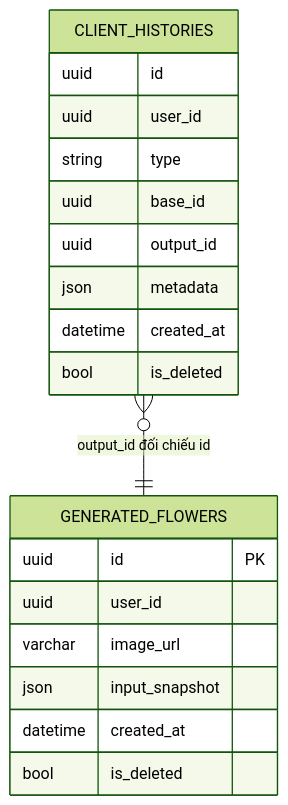
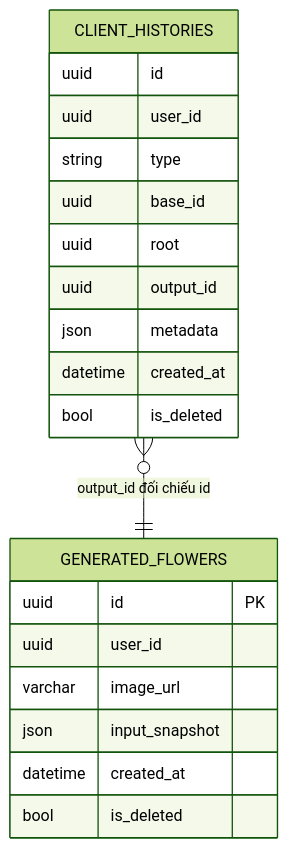
The fourth of 4 diagrams in HoaTheoMua.Repository/code-introduction/US-040/TDD-028-customer-xem-lich-su-hoa-custom-ai.md (TaskCoper/hoatheomua-be), drawn with Mermaid (forest theme) before and after one commit. The commit also changed other lines of this file and 6 other files, not shown here.

````diff
--- a/HoaTheoMua.Repository/code-introduction/US-040/TDD-028-customer-xem-lich-su-hoa-custom-ai.md
+++ b/HoaTheoMua.Repository/code-introduction/US-040/TDD-028-customer-xem-lich-su-hoa-custom-ai.md
@@ -161,24 +160,25 @@
 ```mermaid
 erDiagram
     CLIENT_HISTORIES {
         uuid id
         uuid user_id
         string type
         uuid base_id
+        uuid root
         uuid output_id
         json metadata
         datetime created_at
         bool is_deleted
     }
 
     GENERATED_FLOWERS {
         uuid id PK
         uuid user_id
         varchar image_url
         json input_snapshot
         datetime created_at
         bool is_deleted
     }
 
     CLIENT_HISTORIES }o--|| GENERATED_FLOWERS : "output_id đối chiếu id"
 ```
````
